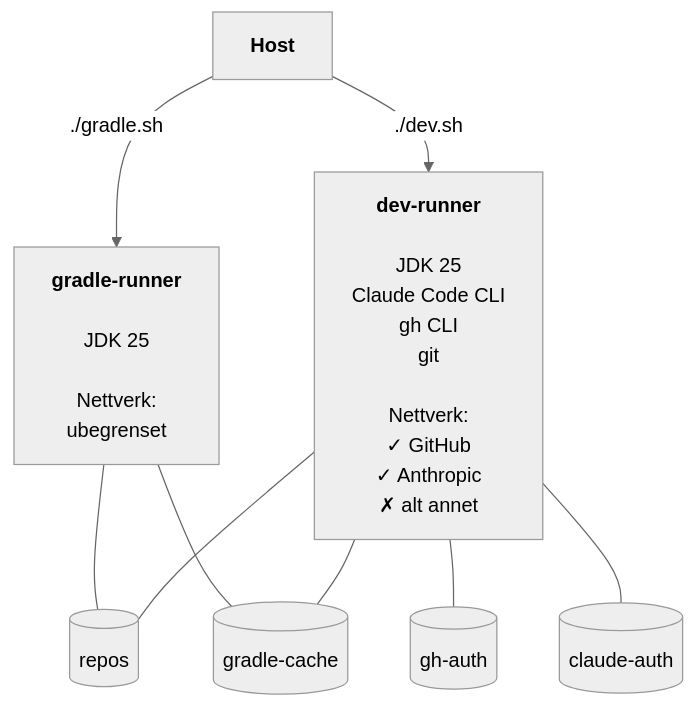
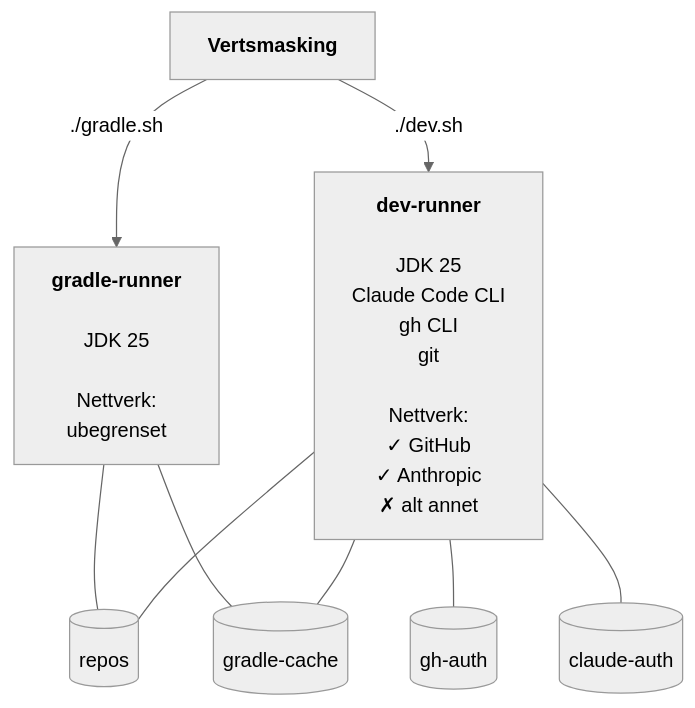
The diagram in alpine25-gradle-claude/README.md (bekk/agentic-ai-tools), drawn with Mermaid (neutral theme) before and after one commit. The commit also changed other lines of this file, not shown here.

````diff
--- a/alpine25-gradle-claude/README.md
+++ b/alpine25-gradle-claude/README.md
@@ -78,14 +77,14 @@
 ```mermaid
 graph TD
-    host["<b>Host</b>"]
+    host["<b>Vertsmasking</b>"]
 
     host -->|"./dev.sh"| dev["<b>dev-runner</b><br/><br/>JDK 25<br/>Claude Code CLI<br/>gh CLI<br/>git<br/><br/>Nettverk:<br/>✓ GitHub<br/>✓ Anthropic<br/>✗ alt annet"]
     host -->|"./gradle.sh"| gradle["<b>gradle-runner</b><br/><br/>JDK 25<br/><br/>Nettverk:<br/>ubegrenset"]
 
     gradle --- repos
     gradle --- gcache
     dev --- repos[("repos")]
     dev --- gcache[("gradle-cache")]
     dev --- ghauth[("gh-auth")]
     dev --- clauth[("claude-auth")]
 ```
````
